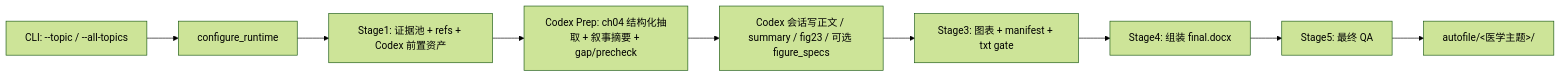
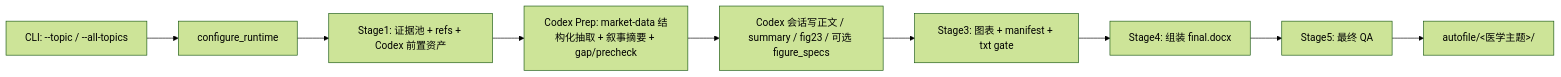
One commit to yt0575/medInsight-pipeline changed the diagram in pipeline/ARCHITECTURE.md. Above: the diagram before and after it, drawn with Mermaid (forest theme). The commit also changed other lines of this file and 22 other files, not shown here.

````diff
--- a/pipeline/ARCHITECTURE.md
+++ b/pipeline/ARCHITECTURE.md
@@ -23,11 +25,11 @@
 ```mermaid
 flowchart LR
   A["CLI: --topic / --all-topics"] --> B["configure_runtime"]
   B --> C["Stage1: 证据池 + refs + Codex 前置资产"]
-  C --> D["Codex Prep: ch04 结构化抽取 + 叙事摘要 + gap/precheck"]
+  C --> D["Codex Prep: market-data 结构化抽取 + 叙事摘要 + gap/precheck"]
   D --> E["Codex 会话写正文 / summary / fig23 / 可选 figure_specs"]
   E --> F["Stage3: 图表 + manifest + txt gate"]
   F --> G["Stage4: 组装 final.docx"]
   G --> H["Stage5: 最终 QA"]
   H --> I["autofile/<医学主题>/"]
 ```
````
